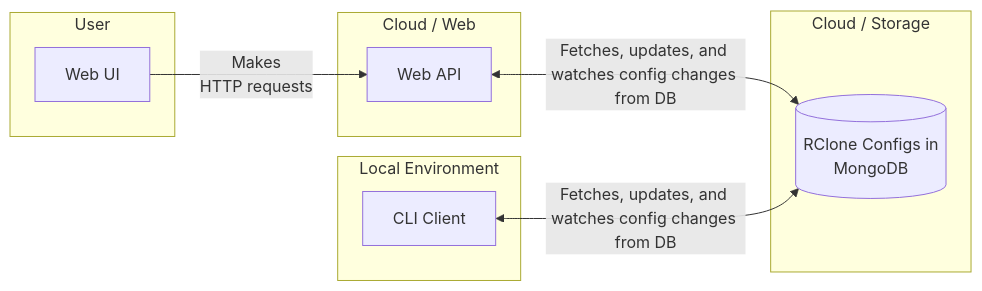
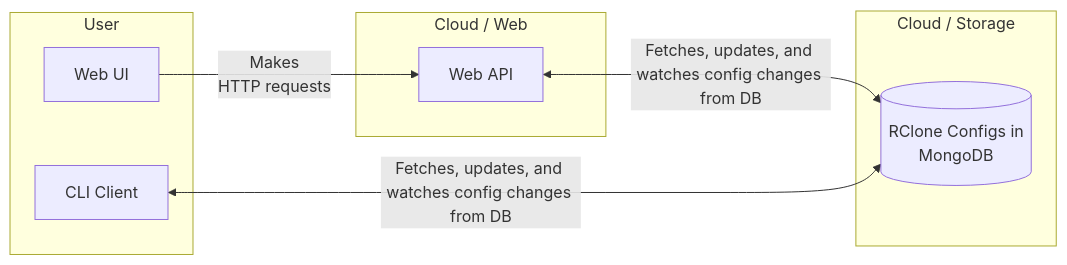
The diagram in README.md (EKarton/RClone-on-Cloud), drawn with Mermaid before and after one commit.

````diff
--- a/README.md
+++ b/README.md
@@ -21,24 +21,24 @@
 ```mermaid
 graph LR
-    subgraph "Local Environment"
+    subgraph "User"
         CLI[CLI Client]
     end
 
     subgraph "Cloud / Storage"
         MongoDB[(RClone Configs in\nMongoDB)]
     end
 
     subgraph "Cloud / Web"
         WebAPI[Web API]
     end
 
     subgraph "User"
         WebUI[Web UI]
     end
 
     WebUI -->|"Makes \nHTTP requests"| WebAPI
 
     WebAPI <-->|"Fetches, updates, and watches config changes from DB"| MongoDB
 
     CLI <-->|"Fetches, updates, and watches config changes from DB"| MongoDB
 ```
````
